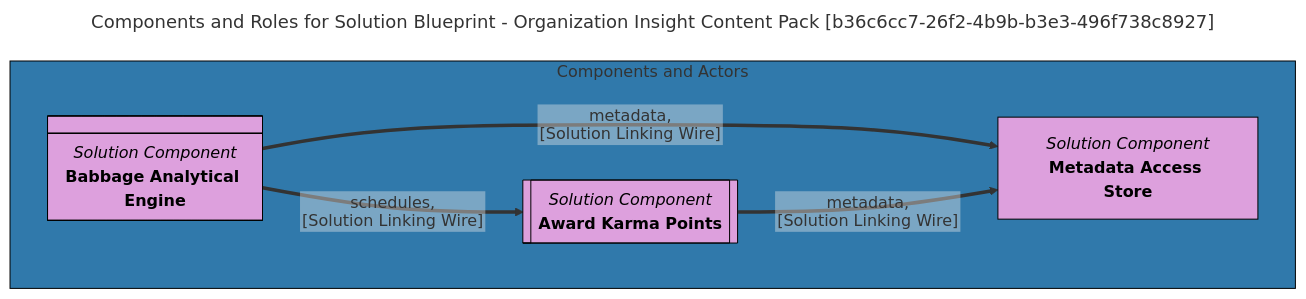
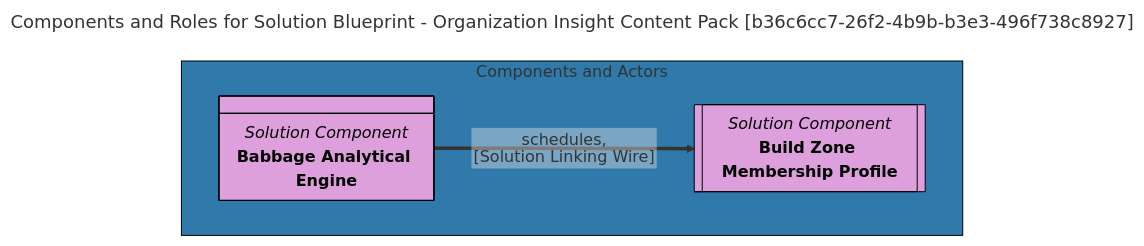
Before and after one commit to odpi/egeria-docs: the diagram in site/snippets/blueprints/content-packs/organization-insight-content-pack-solution-blueprint-mermaid-graph.md, drawn with Mermaid. The commit also changed other lines of this file and 17 other files, not shown here.

````diff
--- a/site/snippets/blueprints/content-packs/organization-insight-content-pack-solution-blueprint-mermaid-graph.md
+++ b/site/snippets/blueprints/content-packs/organization-insight-content-pack-solution-blueprint-mermaid-graph.md
@@ -1,29 +1,21 @@
 ```mermaid
 ---
 title: Components and Roles for Solution Blueprint - Organization Insight Content Pack [b36c6cc7-26f2-4b9b-b3e3-496f738c8927]
 ---
 flowchart TD
 %%{init: {"flowchart": {"htmlLabels": false}} }%%
 
 subgraph 1 [Components and Actors]
-2@{ shape: rect, label: "*Solution Component*
-**Metadata Access Store**"}
+2@{ shape: div-rect, label: "*Solution Component*
+**Babbage Analytical Engine**"}
 3@{ shape: subproc, label: "*Solution Component*
-**Award Karma Points**"}
-4@{ shape: div-rect, label: "*Solution Component*
-**Babbage Analytical Engine**"}
-4==>|"metadata,
-[Solution Linking Wire]"|2
-3==>|"metadata,
-[Solution Linking Wire]"|2
-4==>|"schedules,
+**Build Zone Membership Profile**"}
+2==>|"schedules,
 [Solution Linking Wire]"|3
 end
 style 1 color:#FFFFFF, fill:#3079ab, stroke:#000000
 style 2 color:#000000, fill:#DDA0DD, stroke:#000000
 style 3 color:#000000, fill:#DDA0DD, stroke:#000000
-style 4 color:#000000, fill:#DDA0DD, stroke:#000000
-click 2 "https://egeria-project.org/concepts/metadata-access-store/" "Click for more documentation" _blank
+click 2 "https://egeria-project.org/concepts/integration-connector/" "Click for more documentation" _blank
 click 3 "https://egeria-project.org/concepts/governance-action-type/" "Click for more documentation" _blank
-click 4 "https://egeria-project.org/concepts/integration-connector/" "Click for more documentation" _blank
 ```
````
